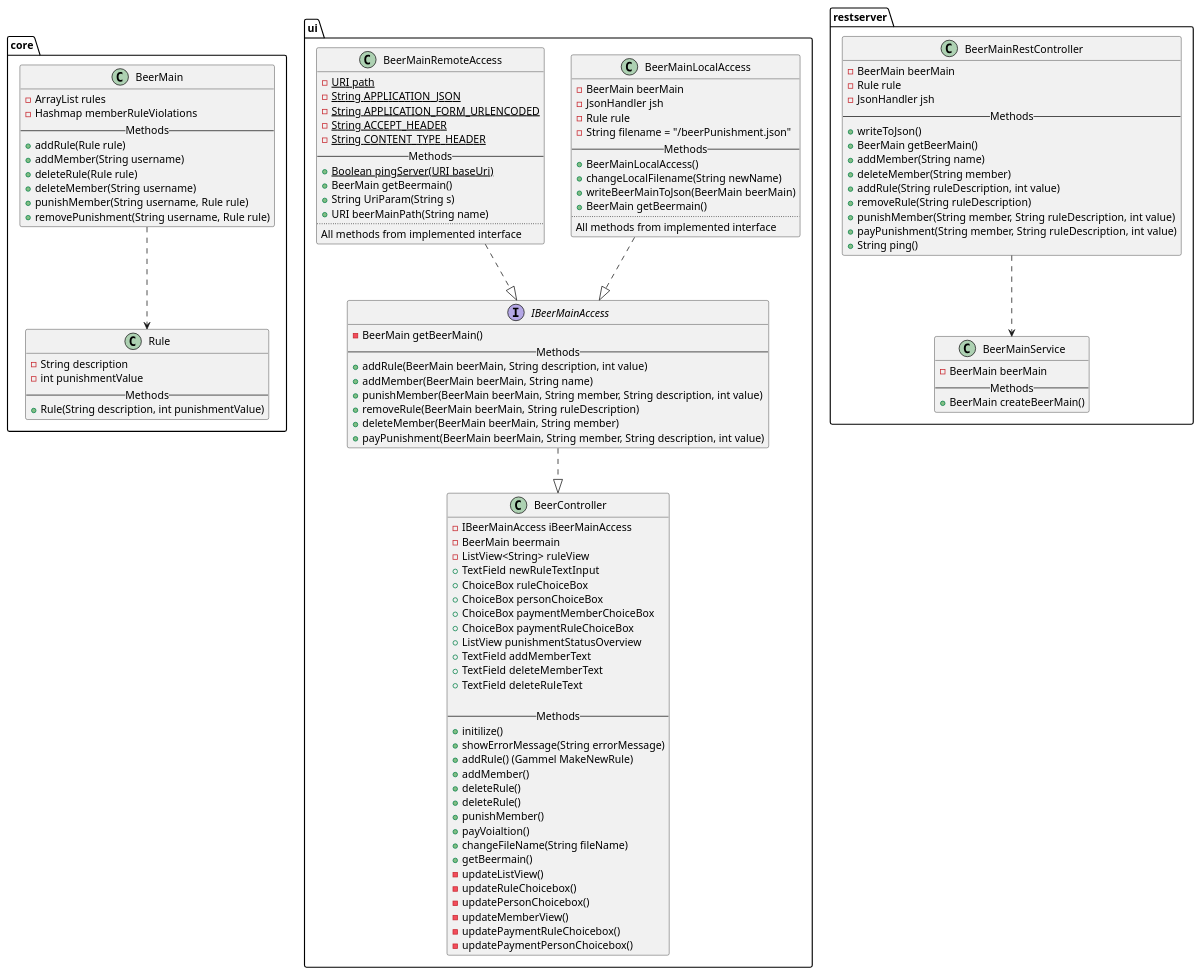
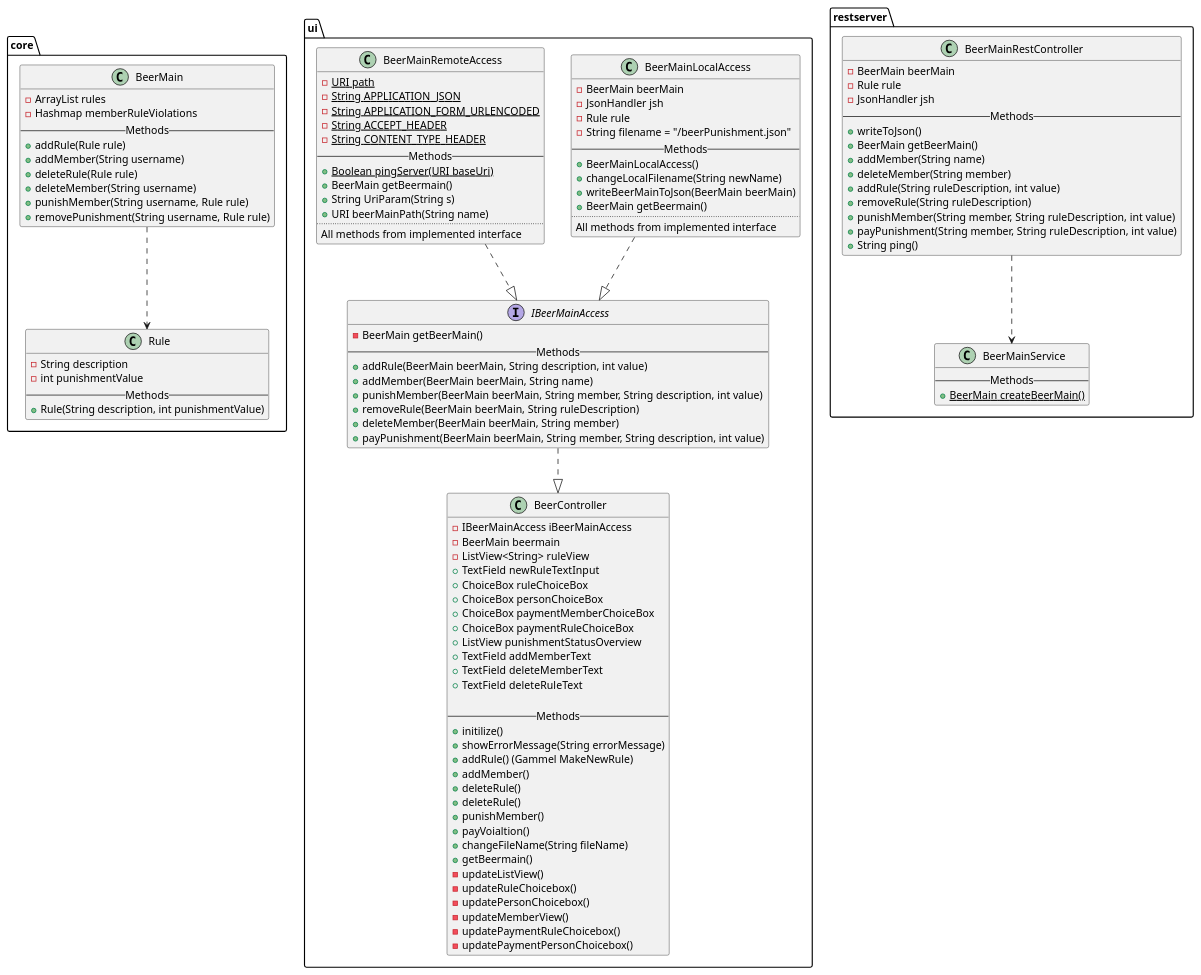
Before and after one commit to Annabdoan/it1901: the diagram in docs/ClassDiagram.puml, drawn with PlantUML.

Commit message:
(#47) - feat: class diagram for BeerMainService

```diff
--- a/docs/ClassDiagram.puml
+++ b/docs/ClassDiagram.puml
@@ -1,123 +1,122 @@
 @startuml
 skinparam componentStyle uml2
 
  package "core" {
    class BeerMain{
      -ArrayList rules
      -Hashmap memberRuleViolations
      -- Methods --
      +addRule(Rule rule)
      +addMember(String username)
      +deleteRule(Rule rule)
      +deleteMember(String username)
      +punishMember(String username, Rule rule)
      +removePunishment(String username, Rule rule)
    }
    class Rule{
    -String description
    -int punishmentValue
    -- Methods --
    +Rule(String description, int punishmentValue)
    }
    BeerMain ..> Rule
 }
 
 package "ui"{
     class BeerController{
     -IBeerMainAccess iBeerMainAccess
     -BeerMain beermain
     - ListView<String> ruleView
     + TextField newRuleTextInput
     + ChoiceBox ruleChoiceBox
     + ChoiceBox personChoiceBox
     + ChoiceBox paymentMemberChoiceBox
     + ChoiceBox paymentRuleChoiceBox
     + ListView punishmentStatusOverview
     + TextField addMemberText
     + TextField deleteMemberText
     + TextField deleteRuleText
 
     -- Methods --
     +initilize()
     +showErrorMessage(String errorMessage)
     +addRule() (Gammel MakeNewRule)
     +addMember()
     +deleteRule()
     +deleteRule()
     +punishMember()
     +payVoialtion()
     +changeFileName(String fileName)
     +getBeermain()
     -updateListView()
     -updateRuleChoicebox()
     -updatePersonChoicebox()
     -updateMemberView()
     -updatePaymentRuleChoicebox()
     -updatePaymentPersonChoicebox()
    }
    class BeerMainLocalAccess {
    -BeerMain beerMain
    -JsonHandler jsh
    -Rule rule
    -String filename = "/beerPunishment.json"
    -- Methods --
    +BeerMainLocalAccess()
    +changeLocalFilename(String newName)
    +writeBeerMainToJson(BeerMain beerMain)
    +BeerMain getBeermain()
    ..
    All methods from implemented interface
    }
    class BeerMainRemoteAccess {
    -{static}URI path
    -{static}String APPLICATION_JSON
    -{static}String APPLICATION_FORM_URLENCODED
    -{static}String ACCEPT_HEADER
    -{static}String CONTENT_TYPE_HEADER
    -- Methods --
    +{static}Boolean pingServer(URI baseUri)
    +BeerMain getBeermain()
    +String UriParam(String s)
    +URI beerMainPath(String name)
    ..
       All methods from implemented interface
    }
    interface IBeerMainAccess {
    -BeerMain getBeerMain()
    -- Methods --
    +addRule(BeerMain beerMain, String description, int value)
    +addMember(BeerMain beerMain, String name)
    +punishMember(BeerMain beerMain, String member, String description, int value)
    +removeRule(BeerMain beerMain, String ruleDescription)
    +deleteMember(BeerMain beerMain, String member)
    +payPunishment(BeerMain beerMain, String member, String description, int value)
    }
    BeerMainLocalAccess ..|> IBeerMainAccess
    BeerMainRemoteAccess ..|> IBeerMainAccess
    IBeerMainAccess ..|> BeerController
 }
 
 package "restserver"{
     class BeerMainRestController {
     -BeerMain beerMain
     -Rule rule
     -JsonHandler jsh
     -- Methods --
     +writeToJson()
     +BeerMain getBeerMain()
     + addMember(String name)
     + deleteMember(String member)
     + addRule(String ruleDescription, int value)
     + removeRule(String ruleDescription)
     + punishMember(String member, String ruleDescription, int value)
     + payPunishment(String member, String ruleDescription, int value)
     +String ping()
    }
    class BeerMainService{
-   -BeerMain beerMain
    -- Methods --
-   +BeerMain createBeerMain()
+   +{static}BeerMain createBeerMain()
    }
    BeerMainRestController ..> BeerMainService
 }
 @enduml
```
